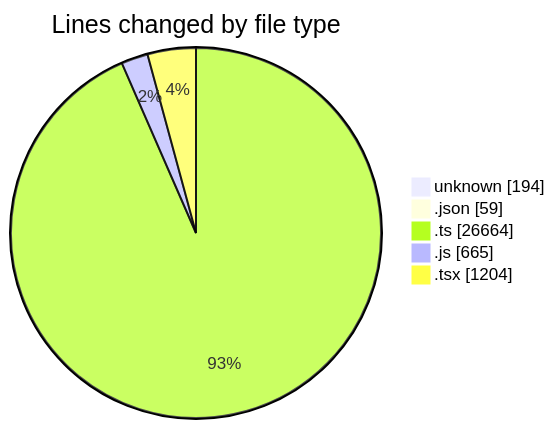
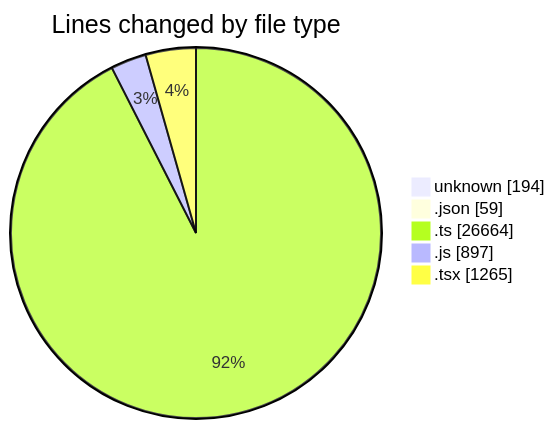
Before and after one commit to momahboobian/code-tracking: the first of 2 diagrams in 2025-11-13/cda/README.md, drawn with Mermaid. The commit also changed other lines of this file and 1 other file, not shown here.

````diff
--- a/2025-11-13/cda/README.md
+++ b/2025-11-13/cda/README.md
@@ -33,9 +35,9 @@
 ```mermaid
 pie showData
 title Lines changed by file type
 "unknown" : 194
 ".json" : 59
 ".ts" : 26664
-".js" : 665
-".tsx" : 1204
+".js" : 897
+".tsx" : 1265
 ```
````
